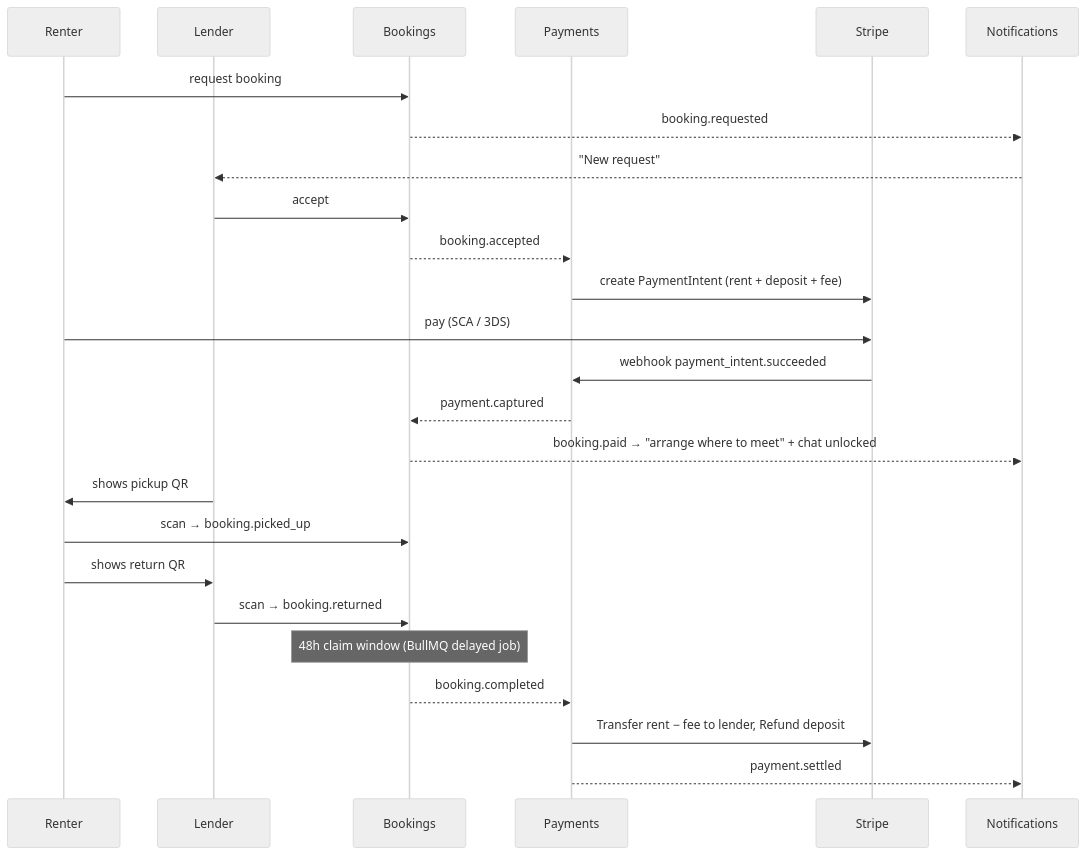
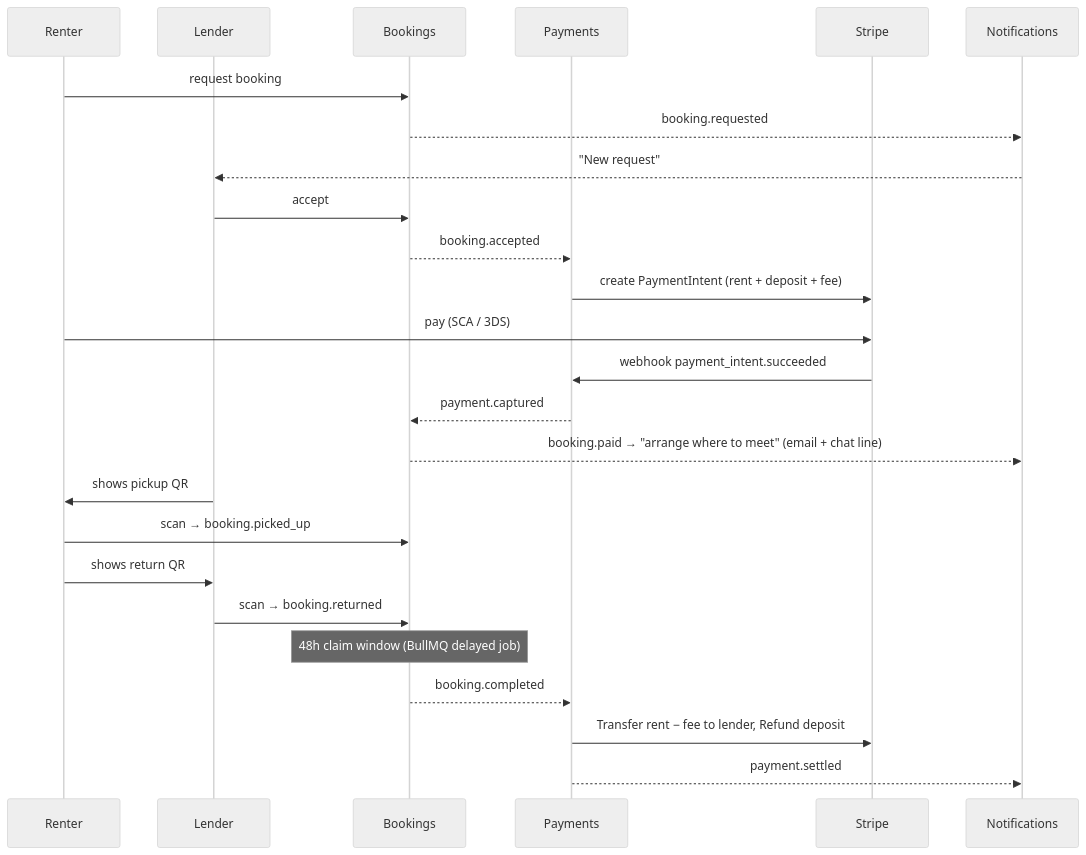
Before and after one commit to pavlmarg/BorrowBox: the fourth of 4 diagrams in docs/ARCHITECTURE.md, drawn with Mermaid (neutral theme). The commit also changed other lines of this file and 2 other files, not shown here.

First line of the commit message:
docs: chat, offers, Notifications and the Phase 3 endpoints

````diff
--- a/docs/ARCHITECTURE.md
+++ b/docs/ARCHITECTURE.md
@@ -225,28 +242,28 @@
 ```mermaid
 sequenceDiagram
     participant R as Renter
     participant L as Lender
     participant B as Bookings
     participant P as Payments
     participant S as Stripe
     participant N as Notifications
 
     R->>B: request booking
     B-->>N: booking.requested
     N-->>L: "New request"
     L->>B: accept
     B-->>P: booking.accepted
     P->>S: create PaymentIntent (rent + deposit + fee)
     R->>S: pay (SCA / 3DS)
     S->>P: webhook payment_intent.succeeded
     P-->>B: payment.captured
-    B-->>N: booking.paid → "arrange where to meet" + chat unlocked
+    B-->>N: booking.paid → "arrange where to meet" (email + chat line)
     L->>R: shows pickup QR
     R->>B: scan → booking.picked_up
     R->>L: shows return QR
     L->>B: scan → booking.returned
     Note over B: 48h claim window (BullMQ delayed job)
     B-->>P: booking.completed
     P->>S: Transfer rent − fee to lender, Refund deposit
     P-->>N: payment.settled
 ```
````
